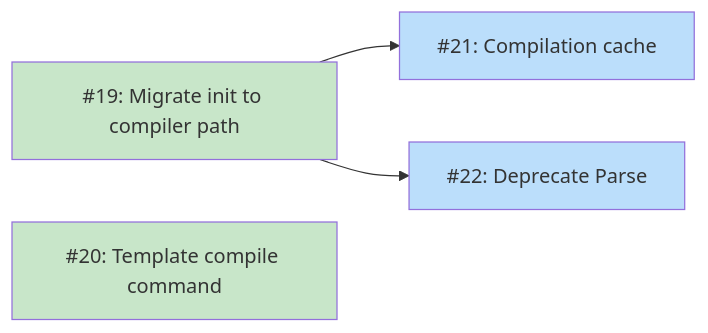
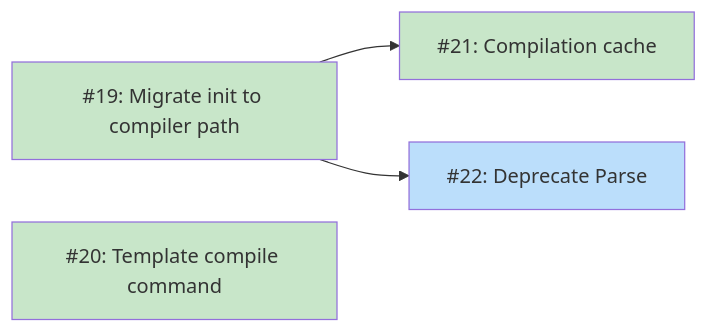
Before and after one commit to tsukumogami/koto: the diagram in docs/designs/DESIGN-koto-cli-tooling.md, drawn with Mermaid. The commit also changed other lines of this file, not shown here.

Commit message:
docs(koto-cli-tooling): mark #21 as done

````diff
--- a/docs/designs/DESIGN-koto-cli-tooling.md
+++ b/docs/designs/DESIGN-koto-cli-tooling.md
@@ -48,19 +48,19 @@
 ```mermaid
 graph LR
     I19["#19: Migrate init to compiler path"]
     I20["#20: Template compile command"]
     I21["#21: Compilation cache"]
     I22["#22: Deprecate Parse"]
 
     I19 --> I21
     I19 --> I22
 
     classDef done fill:#c8e6c9
     classDef ready fill:#bbdefb
     classDef blocked fill:#fff9c4
     classDef needsDesign fill:#e1bee7
     classDef tracksDesign fill:#FFE0B2,stroke:#F57C00,color:#000
 
-    class I19,I20 done
-    class I21,I22 ready
+    class I19,I20,I21 done
+    class I22 ready
 ```
````
